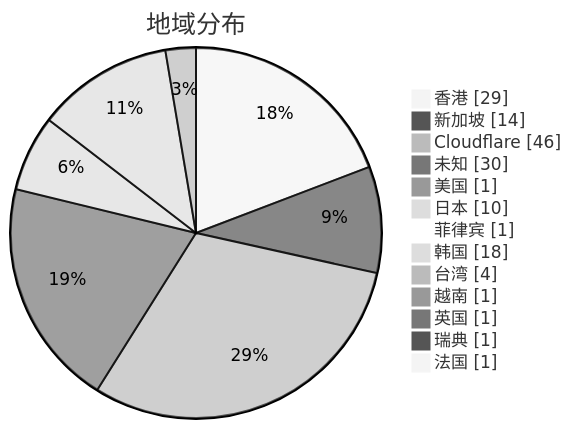
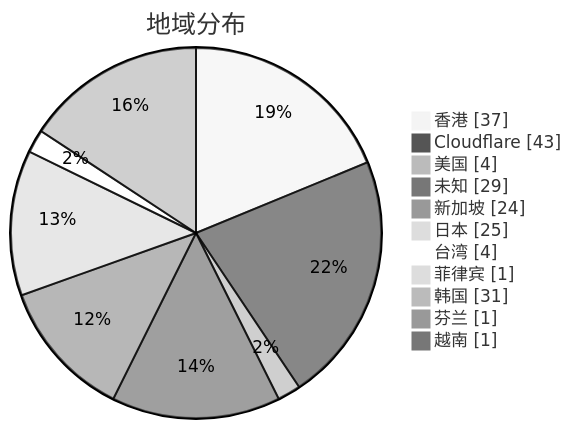
One commit to qjlxg/airport changed the second of 3 diagrams in subs/statistics/tested_within.md. Above: the diagram before and after it, drawn with Mermaid (neutral theme). The commit also changed other lines of this file and 2 other files, not shown here.

````diff
--- a/subs/statistics/tested_within.md
+++ b/subs/statistics/tested_within.md
@@ -12,17 +12,15 @@
 ```mermaid
 pie showData
 title 地域分布
-"香港" : 29
-"新加坡" : 14
-"Cloudflare" : 46
-"未知" : 30
-"美国" : 1
-"日本" : 10
+"香港" : 37
+"Cloudflare" : 43
+"美国" : 4
+"未知" : 29
+"新加坡" : 24
+"日本" : 25
+"台湾" : 4
 "菲律宾" : 1
-"韩国" : 18
-"台湾" : 4
+"韩国" : 31
+"芬兰" : 1
 "越南" : 1
-"英国" : 1
-"瑞典" : 1
-"法国" : 1
 ```
````
